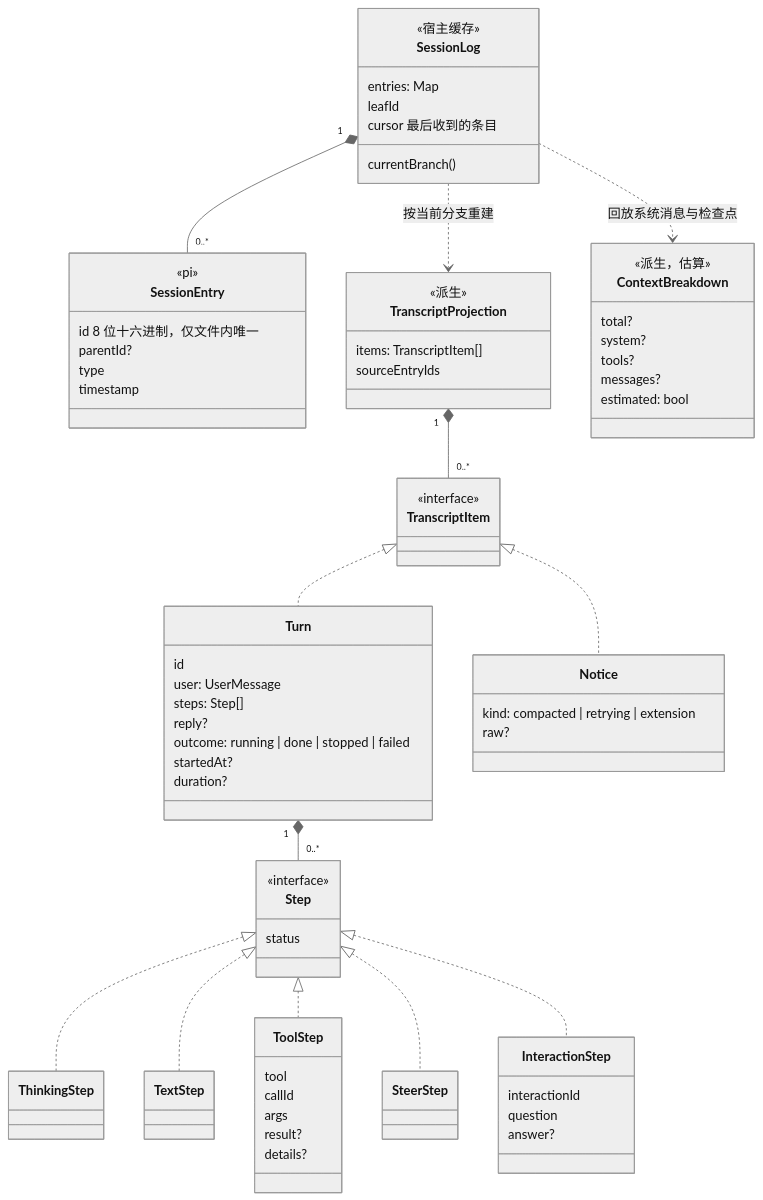
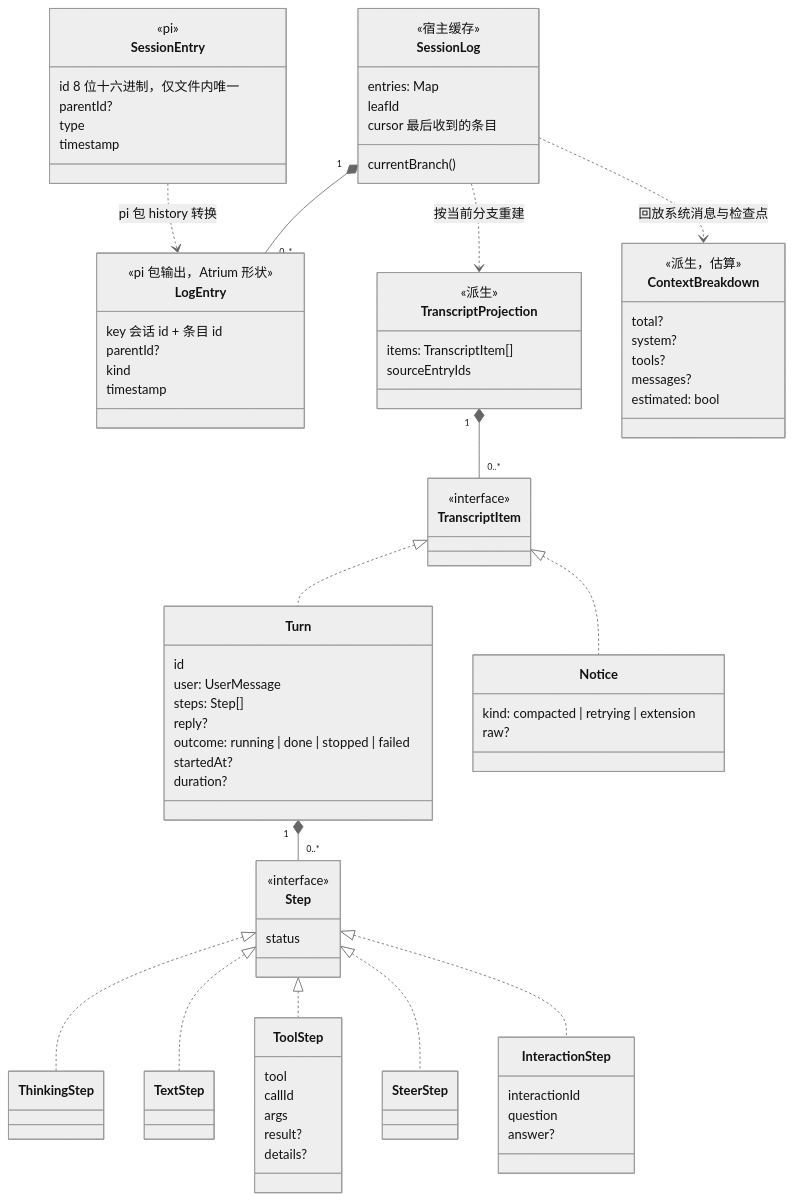
Before and after one commit to Wan-Kai/atrium: the second of 7 diagrams in docs/architecture/domain-model.md, drawn with Mermaid (neutral theme). The commit also changed other lines of this file and 3 other files, not shown here.

```diff
--- a/docs/architecture/domain-model.md
+++ b/docs/architecture/domain-model.md
@@ -118,6 +118,13 @@
       id  8 位十六进制，仅文件内唯一
       parentId?
       type
+      timestamp
+    }
+    class LogEntry {
+      <<pi 包输出，Atrium 形状>>
+      key  会话 id + 条目 id
+      parentId?
+      kind
       timestamp
     }
     class SessionLog {
@@ -176,7 +183,8 @@
       answer?
     }
 
-    SessionLog "1" *-- "0..*" SessionEntry
+    SessionEntry ..> LogEntry : pi 包 history 转换
+    SessionLog "1" *-- "0..*" LogEntry
     SessionLog ..> TranscriptProjection : 按当前分支重建
     SessionLog ..> ContextBreakdown : 回放系统消息与检查点
     TranscriptProjection "1" *-- "0..*" TranscriptItem
```
